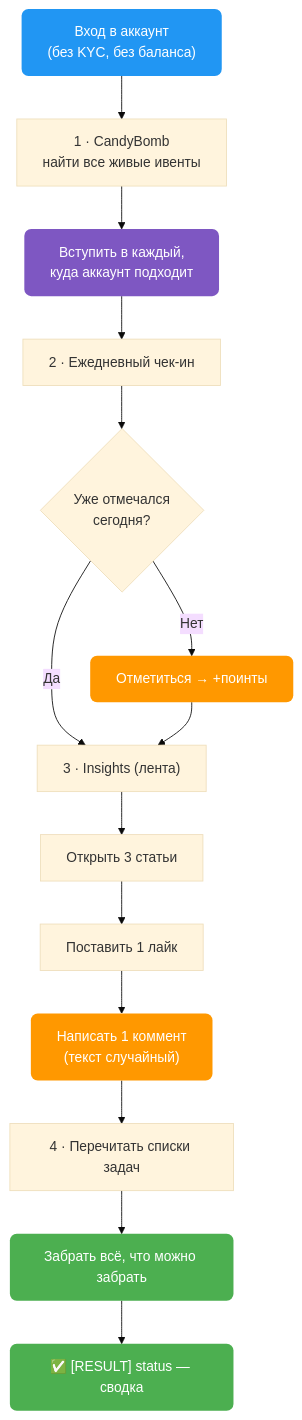
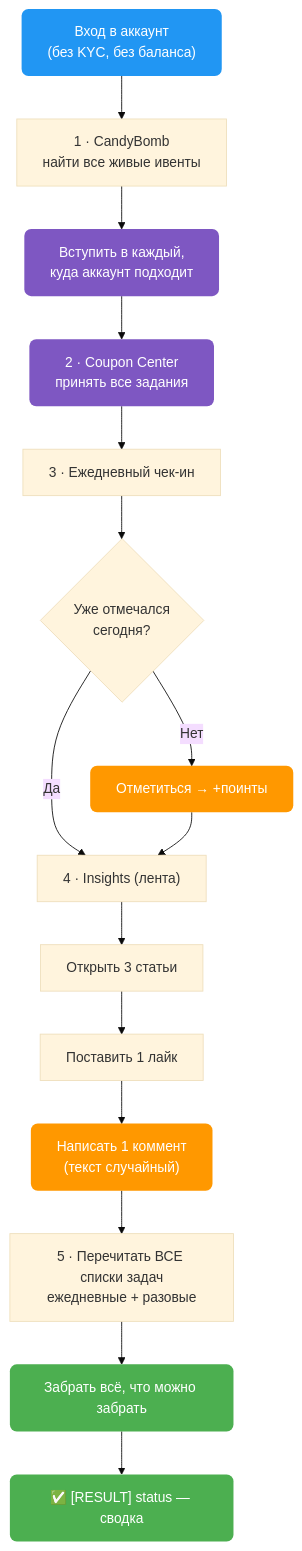
The first of 3 diagrams in src/content/docs/exchanges/bitget-autopilot/farm-progress.md (AutoPilotSoftware/docs), drawn with Mermaid (base theme) before and after one commit. The commit also changed other lines of this file, not shown here.

````diff
--- a/src/content/docs/exchanges/bitget-autopilot/farm-progress.md
+++ b/src/content/docs/exchanges/bitget-autopilot/farm-progress.md
@@ -42,22 +53,24 @@
 ```mermaid
 flowchart TD
     A["Вход в аккаунт<br/>(без KYC, без баланса)"] --> B["1 · CandyBomb<br/>найти все живые ивенты"]
     B --> C["Вступить в каждый,<br/>куда аккаунт подходит"]
-    C --> D["2 · Ежедневный чек-ин"]
+    C --> C2["2 · Coupon Center<br/>принять все задания"]
+    C2 --> D["3 · Ежедневный чек-ин"]
     D --> E{"Уже отмечался<br/>сегодня?"}
     E -- "Да" --> F
     E -- "Нет" --> E2["Отметиться → +поинты"]
-    E2 --> F["3 · Insights (лента)"]
+    E2 --> F["4 · Insights (лента)"]
     F --> G["Открыть 3 статьи"]
     G --> H["Поставить 1 лайк"]
     H --> I["Написать 1 коммент<br/>(текст случайный)"]
-    I --> J["4 · Перечитать списки задач"]
+    I --> J["5 · Перечитать ВСЕ списки задач<br/>ежедневные + разовые"]
     J --> K["Забрать всё, что можно забрать"]
     K --> L["✅ [RESULT] status — сводка"]
     style A fill:#2196F3,color:#fff,stroke:none,rx:8
     style C fill:#7E57C2,color:#fff,stroke:none,rx:8
+    style C2 fill:#7E57C2,color:#fff,stroke:none,rx:8
     style E2 fill:#FF9800,color:#fff,stroke:none,rx:8
     style I fill:#FF9800,color:#fff,stroke:none,rx:8
     style K fill:#4CAF50,color:#fff,stroke:none,rx:8
     style L fill:#4CAF50,color:#fff,stroke:none,rx:8
 ```
````
